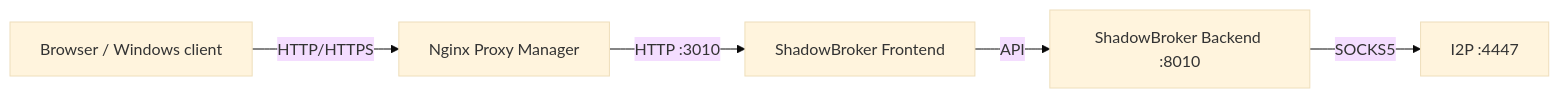
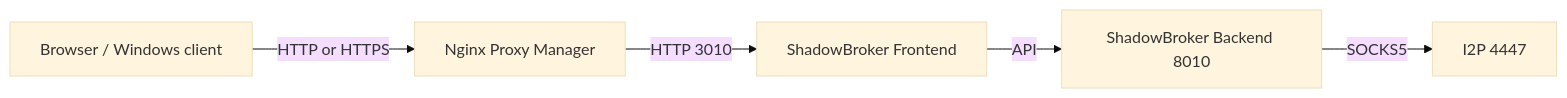
Before and after one commit to pirocorp/Ubuntu-Media-Server-Homelab-Setup-Guide: diagram 12 of 16 in ShadowBroker_Complete_Documentation_Runbook.md, drawn with Mermaid (base theme). The commit also changed other lines of this file, not shown here.

````diff
--- a/ShadowBroker_Complete_Documentation_Runbook.md
+++ b/ShadowBroker_Complete_Documentation_Runbook.md
@@ -662,7 +662,7 @@
 ```mermaid
 flowchart LR
-    Browser[Browser / Windows client] -->|HTTP/HTTPS| Proxy[Nginx Proxy Manager]
-    Proxy -->|HTTP :3010| Frontend[ShadowBroker Frontend]
-    Frontend -->|API| Backend[ShadowBroker Backend :8010]
-    Backend -->|SOCKS5| I2P[I2P :4447]
+    Browser["Browser / Windows client"] -->|HTTP or HTTPS| Proxy["Nginx Proxy Manager"]
+    Proxy -->|HTTP 3010| Frontend["ShadowBroker Frontend"]
+    Frontend -->|API| Backend["ShadowBroker Backend 8010"]
+    Backend -->|SOCKS5| I2P["I2P 4447"]
 ```
````
